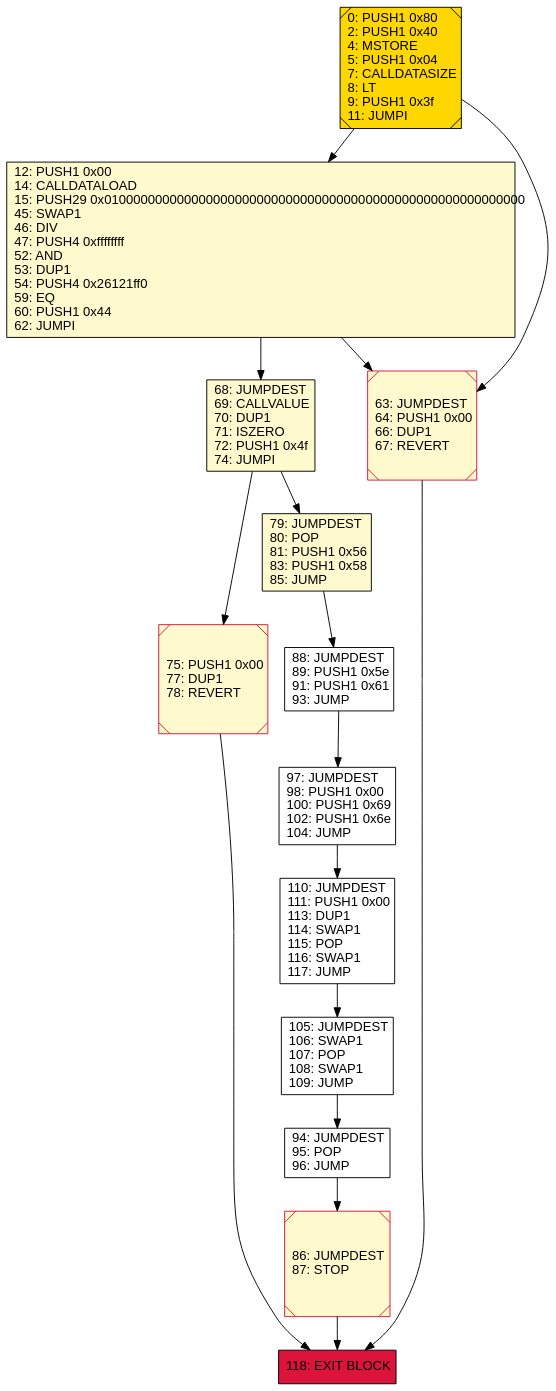
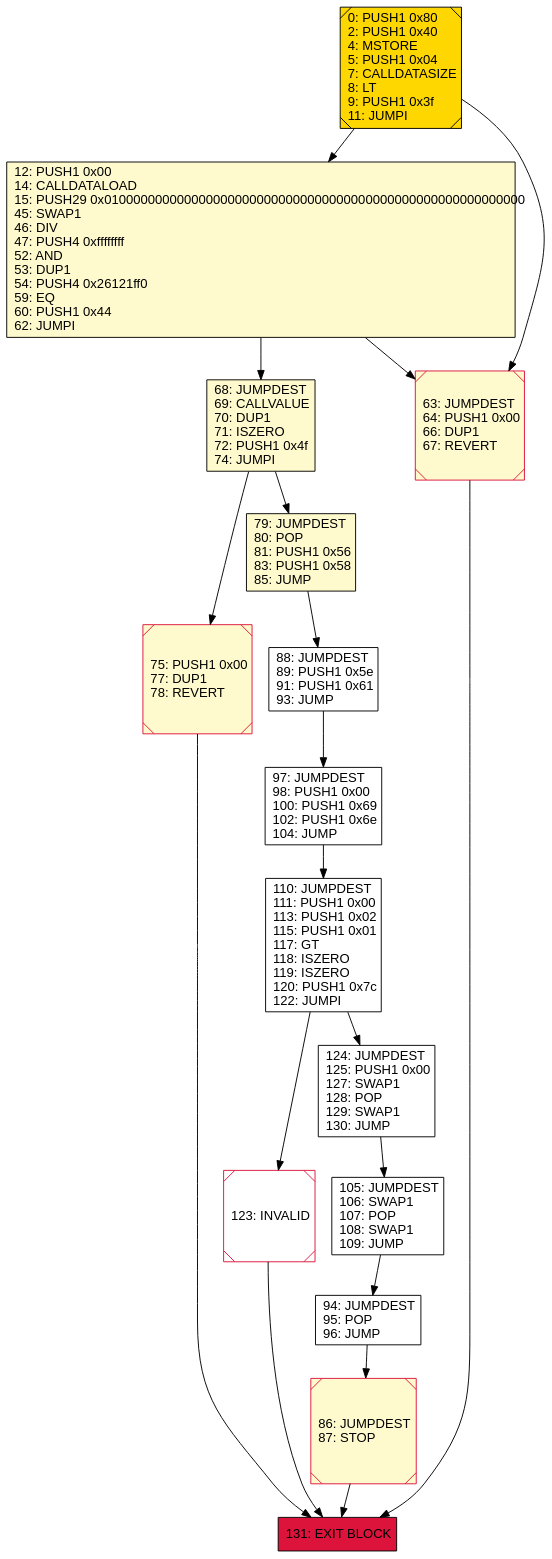
The diagram in iEvmOpt/Cfg/CfgOutput/test2_cfg.gv (Michael-LiangAnze/iEvmOpt), drawn with Graphviz before and after one commit. The commit also changed 32 other files, not shown here.

```diff
--- a/iEvmOpt/Cfg/CfgOutput/test2_cfg.gv
+++ b/iEvmOpt/Cfg/CfgOutput/test2_cfg.gv
@@ -1,32 +1,37 @@
 digraph G {
 bgcolor=transparent rankdir=UD;
 node [shape=box style=filled color=black fillcolor=white fontname=arial fontcolor=black];
 86 [label="86: JUMPDEST\l87: STOP\l" fillcolor=lemonchiffon shape=Msquare color=crimson ];
+131 [label="131: EXIT BLOCK\l" fillcolor=crimson ];
 68 [label="68: JUMPDEST\l69: CALLVALUE\l70: DUP1\l71: ISZERO\l72: PUSH1 0x4f\l74: JUMPI\l" fillcolor=lemonchiffon ];
+123 [label="123: INVALID\l" shape=Msquare color=crimson ];
 88 [label="88: JUMPDEST\l89: PUSH1 0x5e\l91: PUSH1 0x61\l93: JUMP\l" ];
+124 [label="124: JUMPDEST\l125: PUSH1 0x00\l127: SWAP1\l128: POP\l129: SWAP1\l130: JUMP\l" ];
 75 [label="75: PUSH1 0x00\l77: DUP1\l78: REVERT\l" fillcolor=lemonchiffon shape=Msquare color=crimson ];
 79 [label="79: JUMPDEST\l80: POP\l81: PUSH1 0x56\l83: PUSH1 0x58\l85: JUMP\l" fillcolor=lemonchiffon ];
 0 [label="0: PUSH1 0x80\l2: PUSH1 0x40\l4: MSTORE\l5: PUSH1 0x04\l7: CALLDATASIZE\l8: LT\l9: PUSH1 0x3f\l11: JUMPI\l" fillcolor=lemonchiffon shape=Msquare fillcolor=gold ];
 12 [label="12: PUSH1 0x00\l14: CALLDATALOAD\l15: PUSH29 0x0100000000000000000000000000000000000000000000000000000000\l45: SWAP1\l46: DIV\l47: PUSH4 0xffffffff\l52: AND\l53: DUP1\l54: PUSH4 0x26121ff0\l59: EQ\l60: PUSH1 0x44\l62: JUMPI\l" fillcolor=lemonchiffon ];
-118 [label="118: EXIT BLOCK\l" fillcolor=crimson ];
-110 [label="110: JUMPDEST\l111: PUSH1 0x00\l113: DUP1\l114: SWAP1\l115: POP\l116: SWAP1\l117: JUMP\l" ];
+110 [label="110: JUMPDEST\l111: PUSH1 0x00\l113: PUSH1 0x02\l115: PUSH1 0x01\l117: GT\l118: ISZERO\l119: ISZERO\l120: PUSH1 0x7c\l122: JUMPI\l" ];
 94 [label="94: JUMPDEST\l95: POP\l96: JUMP\l" ];
 63 [label="63: JUMPDEST\l64: PUSH1 0x00\l66: DUP1\l67: REVERT\l" fillcolor=lemonchiffon shape=Msquare color=crimson ];
 97 [label="97: JUMPDEST\l98: PUSH1 0x00\l100: PUSH1 0x69\l102: PUSH1 0x6e\l104: JUMP\l" ];
 105 [label="105: JUMPDEST\l106: SWAP1\l107: POP\l108: SWAP1\l109: JUMP\l" ];
+86 -> 131;
 0 -> 12;
-97 -> 110;
-110 -> 105;
 105 -> 94;
 79 -> 88;
+123 -> 131;
 12 -> 63;
+75 -> 131;
 0 -> 63;
 68 -> 79;
-63 -> 118;
+97 -> 110;
 68 -> 75;
 88 -> 97;
-86 -> 118;
+110 -> 123;
+124 -> 105;
 12 -> 68;
+63 -> 131;
 94 -> 86;
-75 -> 118;
+110 -> 124;
 }
```
